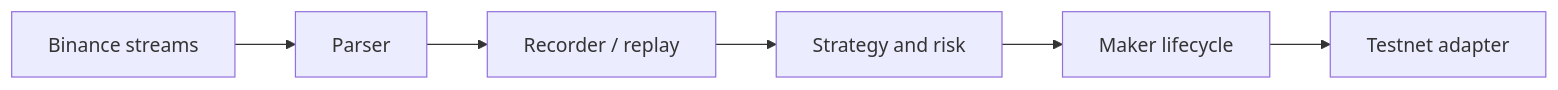
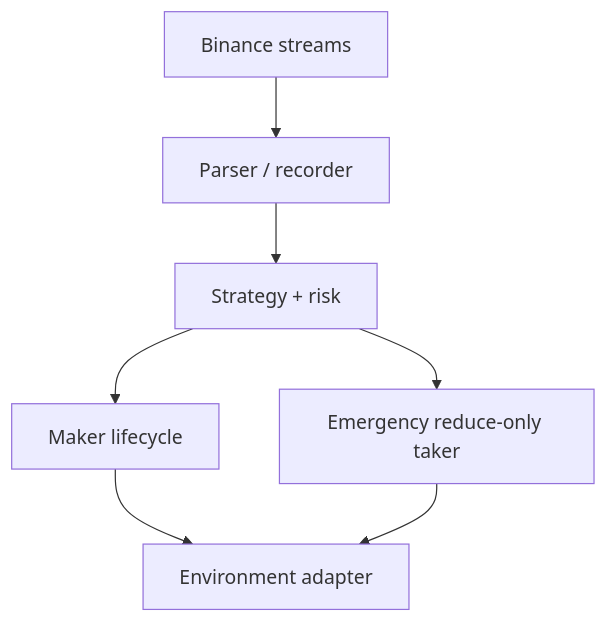
One commit to Xalzeroph/AnchorBell changed the diagram in README.md. Above: the diagram before and after it, drawn with Mermaid. The commit also changed other lines of this file, not shown here.

Commit message:
docs: reconcile English architecture and execution contract

````diff
--- a/README.md
+++ b/README.md
@@ -66,8 +62,9 @@
 ```mermaid
-flowchart LR
-    A["Binance streams"] --> B["Parser"]
-    B --> C["Recorder / replay"]
-    C --> D["Strategy and risk"]
-    D --> E["Maker lifecycle"]
-    E --> F["Testnet adapter"]
+flowchart TD
+    A["Binance streams"] --> B["Parser / recorder"]
+    B --> C["Strategy + risk"]
+    C --> D["Maker lifecycle"]
+    C --> E["Emergency reduce-only taker"]
+    D --> F["Environment adapter"]
+    E --> F
 ```
````
